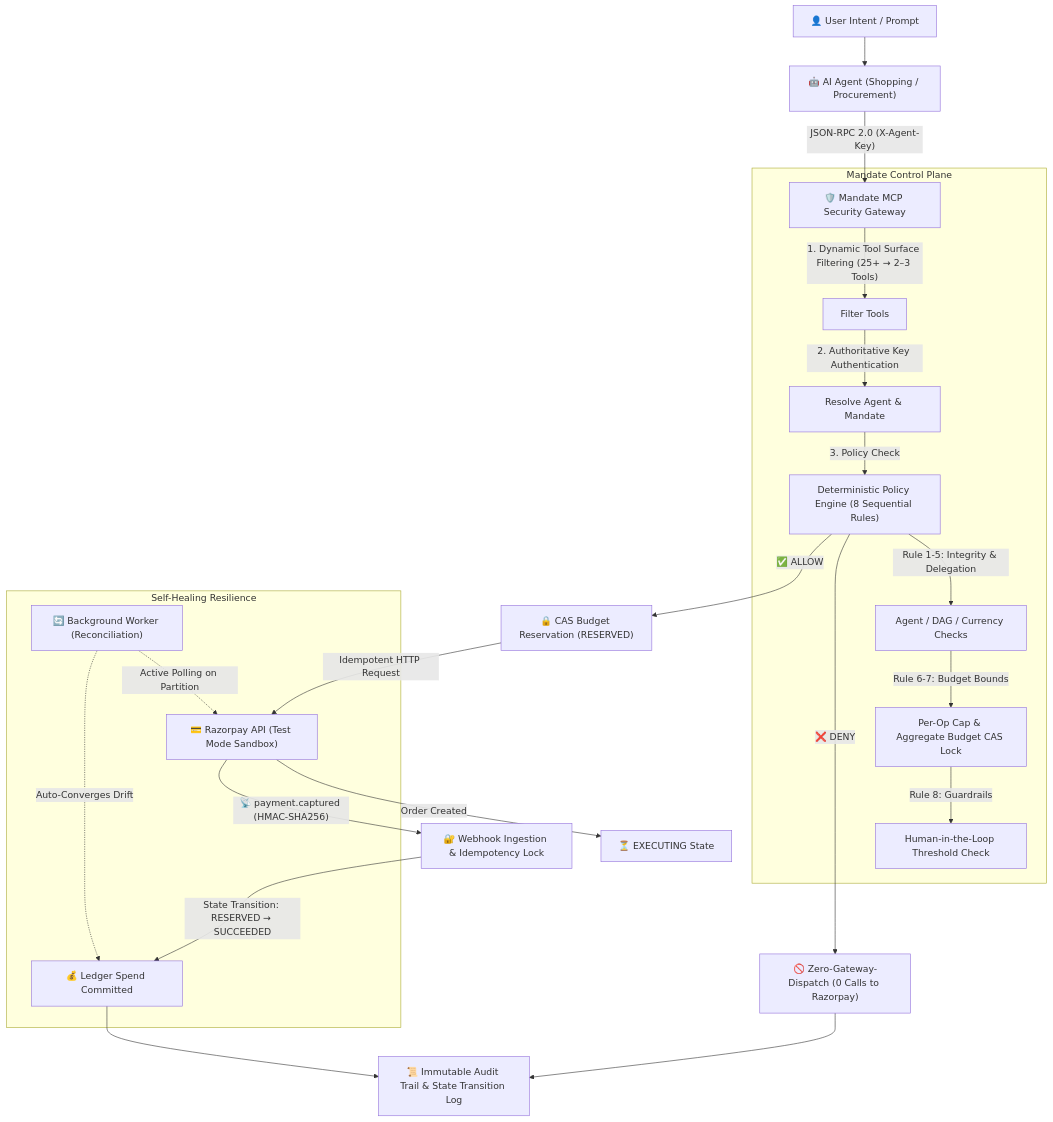
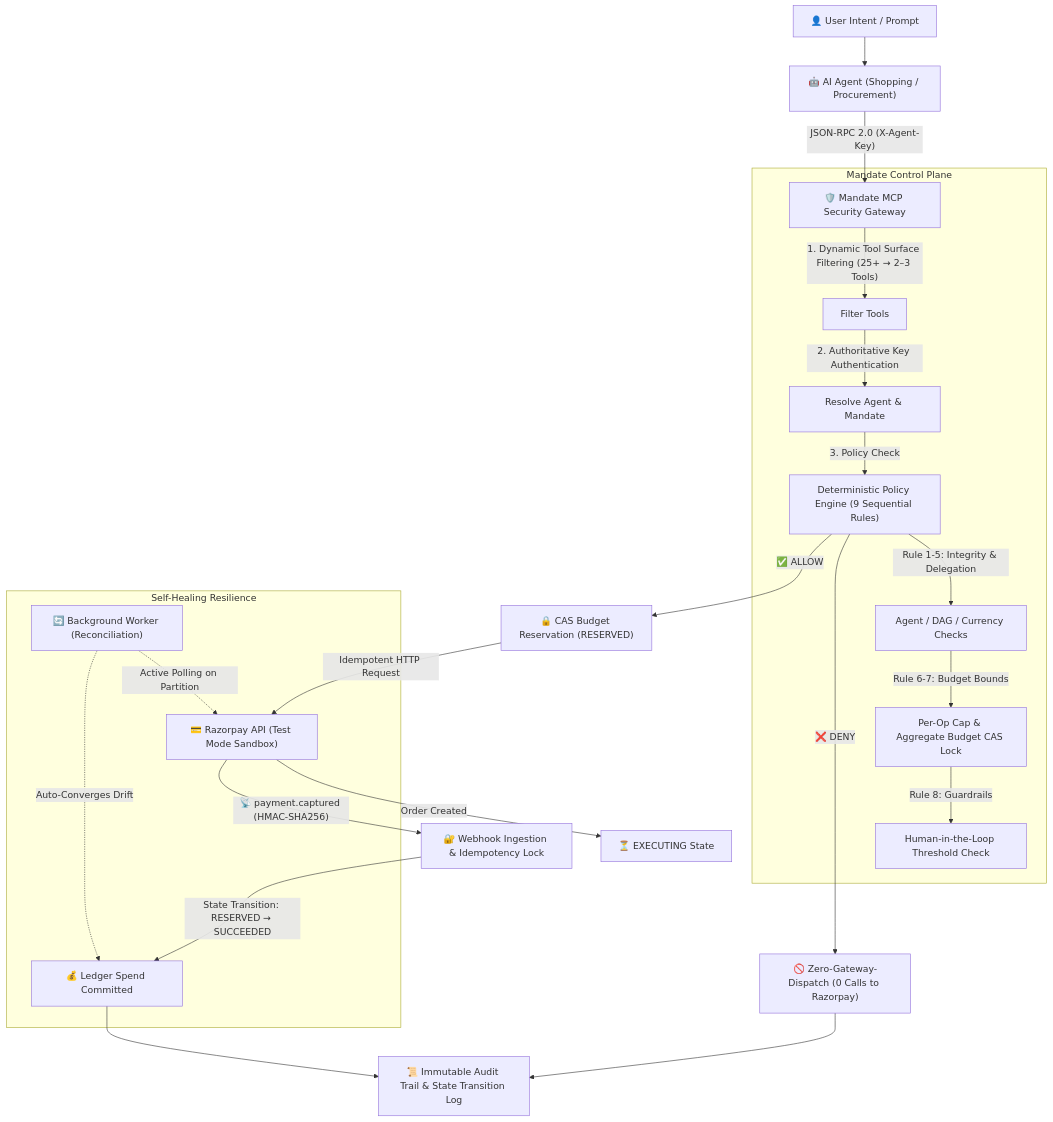
One commit to MJenius/Mandate-Razorpay-Control-Plane changed the diagram in README.md. Above: the diagram before and after it, drawn with Mermaid. The commit also changed other lines of this file and 6 other files, not shown here.

````diff
--- a/README.md
+++ b/README.md
@@ -33,32 +33,32 @@
 ```mermaid
 graph TD
     User["👤 User Intent / Prompt"] --> Agent["🤖 AI Agent (Shopping / Procurement)"]
     Agent -->|"JSON-RPC 2.0 (X-Agent-Key)"| MCP["🛡️ Mandate MCP Security Gateway"]
     
     subgraph Mandate Control Plane
         MCP -->|"1. Dynamic Tool Surface Filtering (25+ → 2–3 Tools)"| Filter["Filter Tools"]
         Filter -->|"2. Authoritative Key Authentication"| Identity["Resolve Agent & Mandate"]
-        Identity -->|"3. Policy Check"| Engine["Deterministic Policy Engine (8 Sequential Rules)"]
+        Identity -->|"3. Policy Check"| Engine["Deterministic Policy Engine (9 Sequential Rules)"]
         
         Engine -->|Rule 1-5: Integrity & Delegation| R1["Agent / DAG / Currency Checks"]
         R1 -->|Rule 6-7: Budget Bounds| R2["Per-Op Cap & Aggregate Budget CAS Lock"]
         R2 -->|Rule 8: Guardrails| R3["Human-in-the-Loop Threshold Check"]
     end
     
     Engine -->|"❌ DENY"| ZeroEffect["🚫 Zero-Gateway-Dispatch (0 Calls to Razorpay)"]
     Engine -->|"✅ ALLOW"| CAS["🔒 CAS Budget Reservation (RESERVED)"]
     
     CAS -->|"Idempotent HTTP Request"| RZP["💳 Razorpay API (Test Mode Sandbox)"]
     RZP -->|"Order Created"| Awaiting["⏳ EXECUTING State"]
     
     RZP -->|"📡 payment.captured (HMAC-SHA256)"| Webhook["🔐 Webhook Ingestion & Idempotency Lock"]
     Webhook -->|"State Transition: RESERVED → SUCCEEDED"| Commit["💰 Ledger Spend Committed"]
     
     Commit --> Audit["📜 Immutable Audit Trail & State Transition Log"]
     ZeroEffect --> Audit
     
     subgraph Self-Healing Resilience
         Recon["🔄 Background Worker (Reconciliation)"] -.->|"Active Polling on Partition"| RZP
         Recon -.->|"Auto-Converges Drift"| Commit
     end
 ```
````
